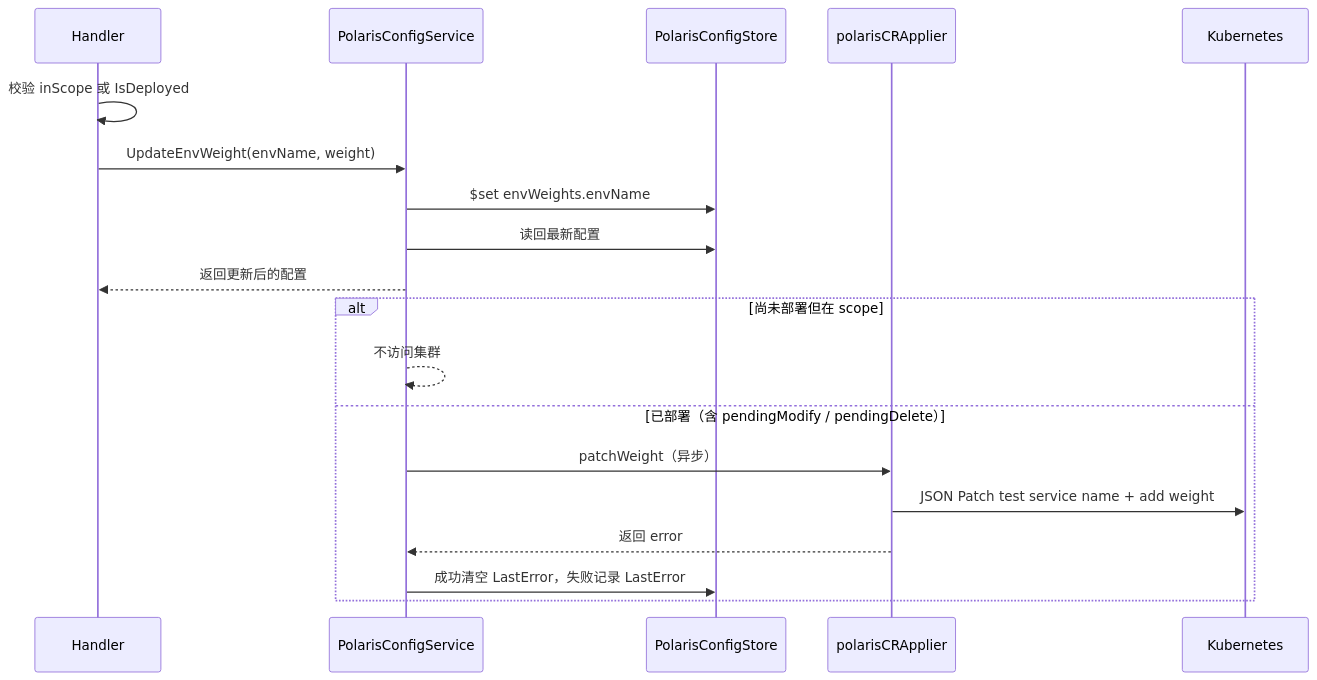
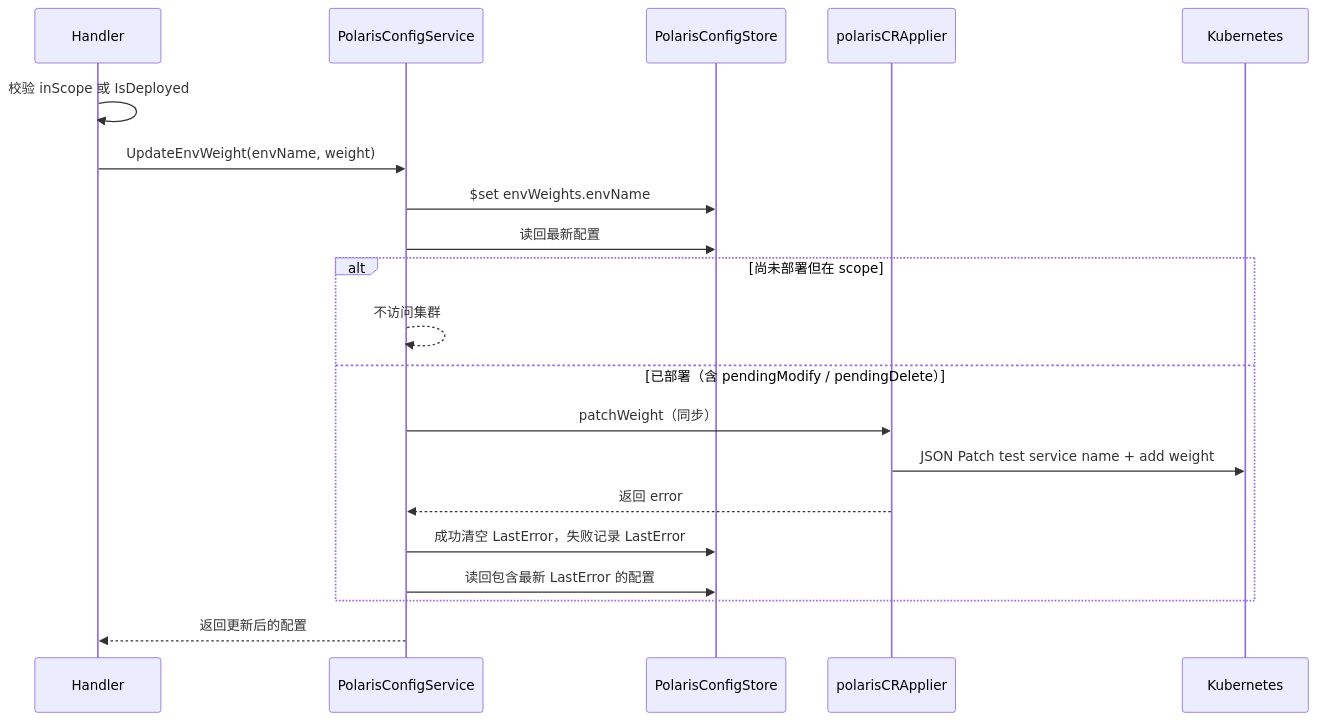
Before and after one commit to TencentBlueKing/blueking-service-governance: the third of 3 diagrams in bkms-server/design_notes/polaris_config_auto_sync.md, drawn with Mermaid. The commit also changed other lines of this file and 5 other files, not shown here.

````diff
--- a/bkms-server/design_notes/polaris_config_auto_sync.md
+++ b/bkms-server/design_notes/polaris_config_auto_sync.md
@@ -212,22 +212,23 @@
 ```mermaid
 sequenceDiagram
     participant API as Handler
     participant Service as PolarisConfigService
     participant Store as PolarisConfigStore
     participant Applier as polarisCRApplier
     participant K8s as Kubernetes
 
     API->>API: 校验 inScope 或 IsDeployed
     API->>Service: UpdateEnvWeight(envName, weight)
     Service->>Store: $set envWeights.envName
     Service->>Store: 读回最新配置
-    Service-->>API: 返回更新后的配置
     alt 尚未部署但在 scope
         Service-->>Service: 不访问集群
     else 已部署（含 pendingModify / pendingDelete）
-        Service->>Applier: patchWeight（异步）
+        Service->>Applier: patchWeight（同步）
         Applier->>K8s: JSON Patch test service name + add weight
         Applier-->>Service: 返回 error
         Service->>Store: 成功清空 LastError，失败记录 LastError
+        Service->>Store: 读回包含最新 LastError 的配置
     end
+    Service-->>API: 返回更新后的配置
 ```
````
